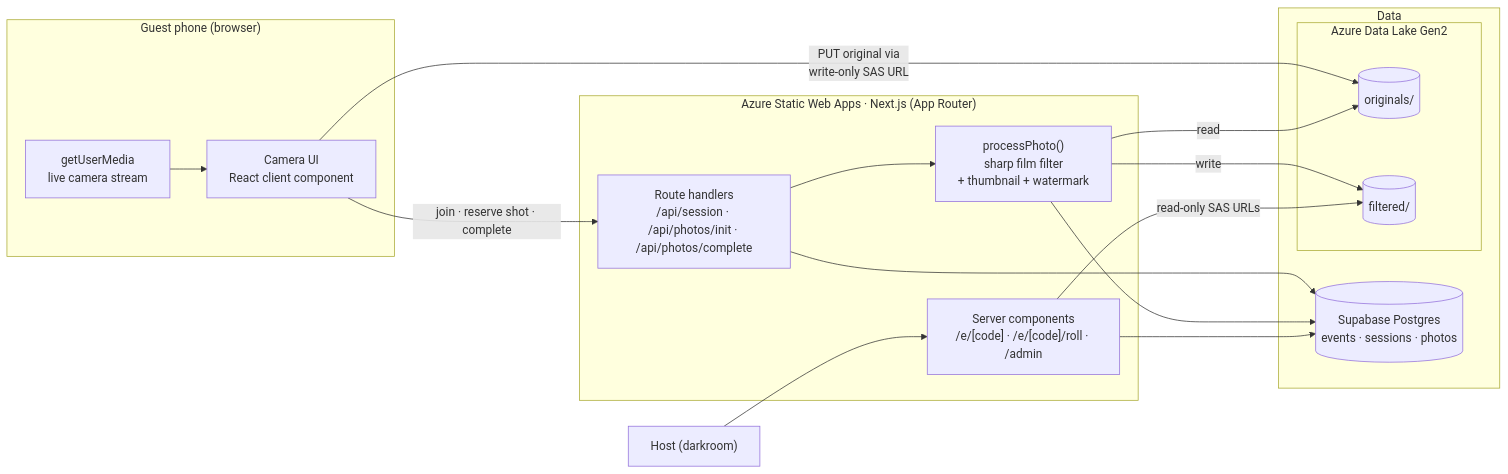
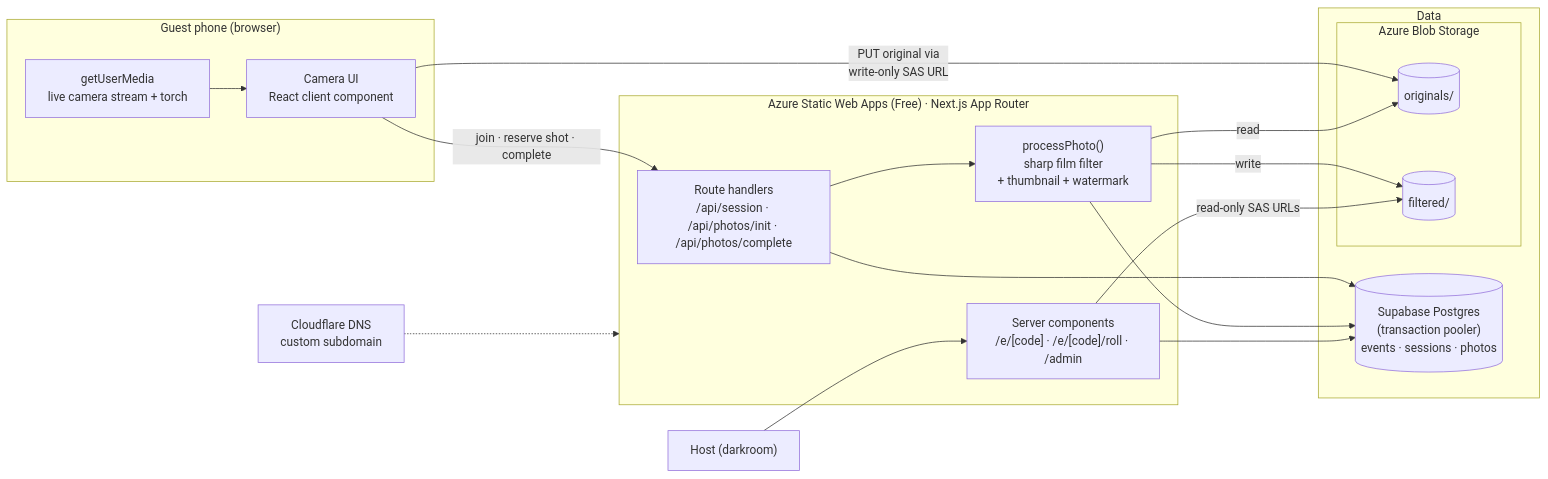
Before and after one commit to narayave/blindshot: the first of 2 diagrams in README.md, drawn with Mermaid. The commit also changed other lines of this file and 10 other files, not shown here.

````diff
--- a/README.md
+++ b/README.md
@@ -27,35 +40,37 @@
 ```mermaid
 flowchart LR
   subgraph Phone["Guest phone (browser)"]
     UI["Camera UI<br/>React client component"]
-    CAM["getUserMedia<br/>live camera stream"]
+    CAM["getUserMedia<br/>live camera stream + torch"]
   end
 
-  subgraph Web["Azure Static Web Apps · Next.js (App Router)"]
+  subgraph Web["Azure Static Web Apps (Free) · Next.js App Router"]
     API["Route handlers<br/>/api/session · /api/photos/init · /api/photos/complete"]
     PAGES["Server components<br/>/e/[code] · /e/[code]/roll · /admin"]
     PROC["processPhoto()<br/>sharp film filter<br/>+ thumbnail + watermark"]
   end
 
   subgraph Data["Data"]
-    PG[("Supabase Postgres<br/>events · sessions · photos")]
-    subgraph Azure["Azure Data Lake Gen2"]
+    PG[("Supabase Postgres<br/>(transaction pooler)<br/>events · sessions · photos")]
+    subgraph Azure["Azure Blob Storage"]
       ORIG[("originals/")]
       FILT[("filtered/")]
     end
   end
 
   HOST["Host (darkroom)"]
+  DNS["Cloudflare DNS<br/>custom subdomain"]
 
+  DNS -.-> Web
   CAM --> UI
   UI -- "join · reserve shot · complete" --> API
   UI -- "PUT original via<br/>write-only SAS URL" --> ORIG
   API --> PG
   API --> PROC
   PROC -- read --> ORIG
   PROC -- write --> FILT
   PROC --> PG
   PAGES --> PG
   PAGES -- "read-only SAS URLs" --> FILT
   HOST --> PAGES
 ```
````
